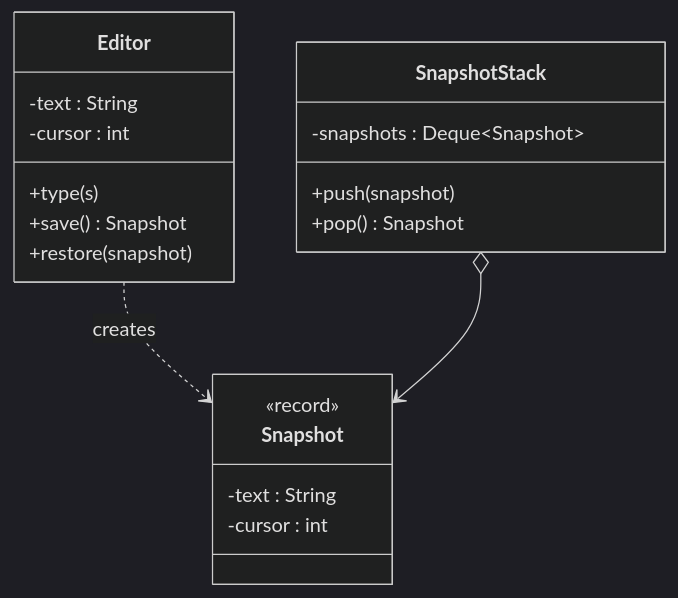
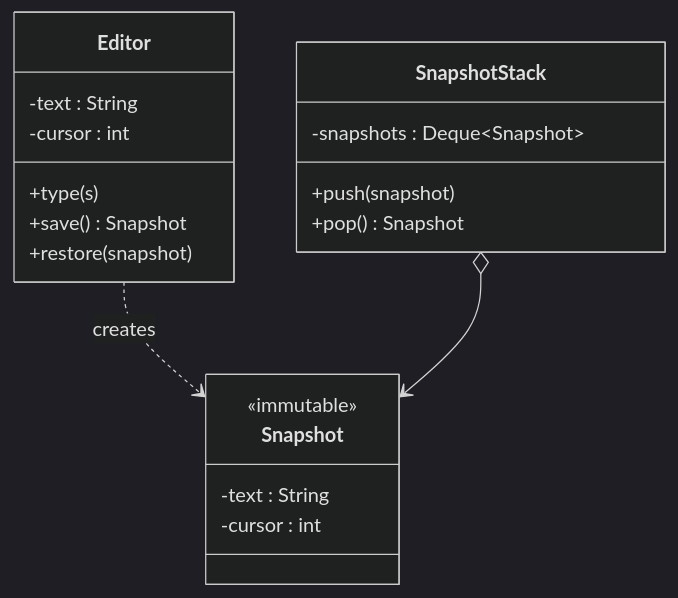
The fifth of 13 diagrams in kb/lld/fundamentals/08-behavioral-patterns.md (chaandharaghav/dsa-interview-guide), drawn with Mermaid (dark theme) before and after one commit. The commit also changed other lines of this file and 2 other files, not shown here.

Commit message:
docs: record finished LLD 09-10 drafts in the handoff

````diff
--- a/kb/lld/fundamentals/08-behavioral-patterns.md
+++ b/kb/lld/fundamentals/08-behavioral-patterns.md
@@ -804,22 +806,22 @@
 ```mermaid
 classDiagram
     class Editor {
         -text : String
         -cursor : int
         +type(s)
         +save() Snapshot
         +restore(snapshot)
     }
     class Snapshot {
-        <<record>>
+        <<immutable>>
         -text : String
         -cursor : int
     }
     class SnapshotStack {
         -snapshots : Deque~Snapshot~
         +push(snapshot)
         +pop() Snapshot
     }
     Editor ..> Snapshot : creates
     SnapshotStack o--> Snapshot
 ```
````
